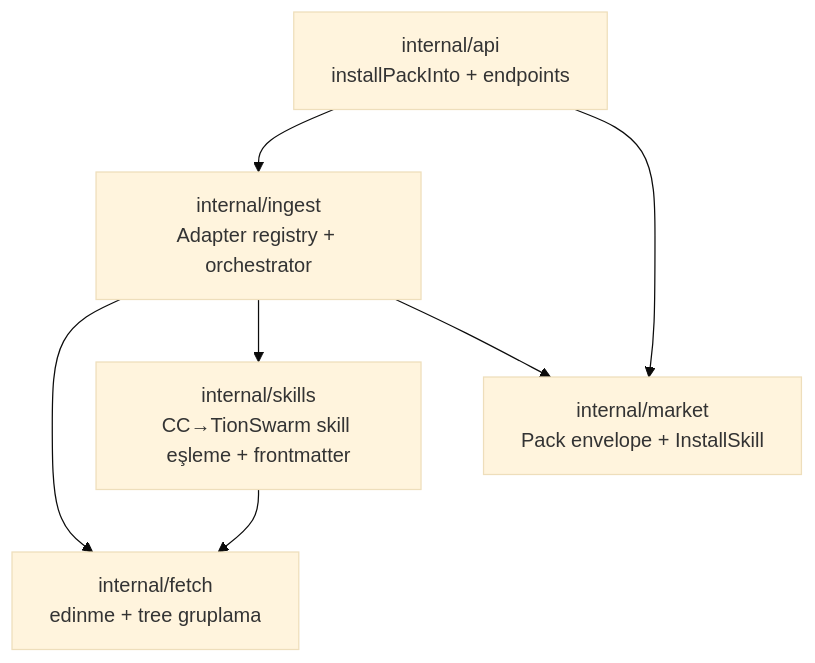
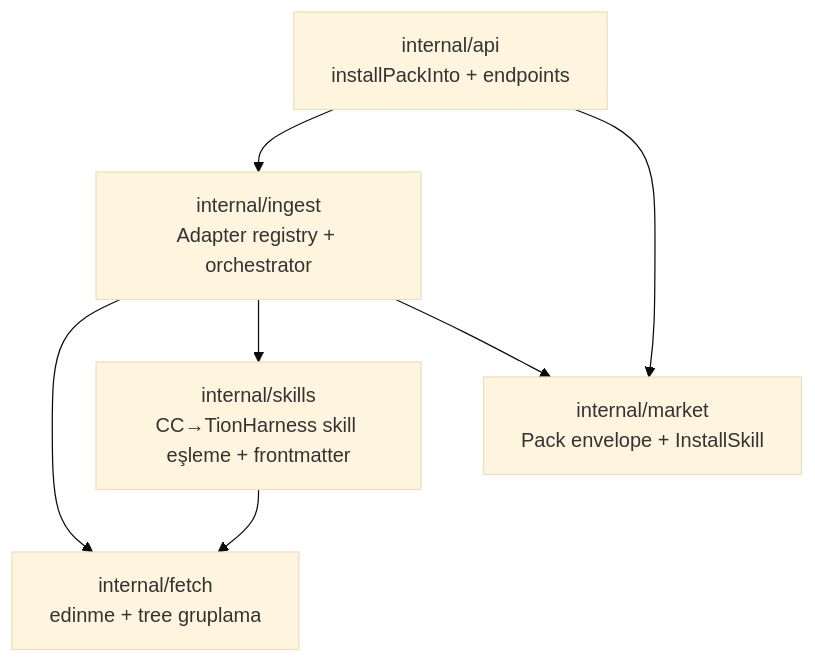
The diagram in _Docs/37-INGEST-MIMARISI.md (bilal-arikan/tionharness), drawn with Mermaid (base theme) before and after one commit. The commit also changed other lines of this file and 831 other files, not shown here.

First line of the commit message:
rename: TionSwarm -> TionHarness across the whole project

````diff
--- a/_Docs/37-INGEST-MIMARISI.md
+++ b/_Docs/37-INGEST-MIMARISI.md
@@ -31,14 +31,14 @@
 ```mermaid
 graph TD
     fetch[internal/fetch<br/>edinme + tree gruplama]
-    skills[internal/skills<br/>CC→TionSwarm skill eşleme + frontmatter]
+    skills[internal/skills<br/>CC→TionHarness skill eşleme + frontmatter]
     market[internal/market<br/>Pack envelope + InstallSkill]
     ingest[internal/ingest<br/>Adapter registry + orchestrator]
     api[internal/api<br/>installPackInto + endpoints]
     ingest --> fetch
     ingest --> skills
     ingest --> market
     skills --> fetch
     api --> ingest
     api --> market
 ```
````
